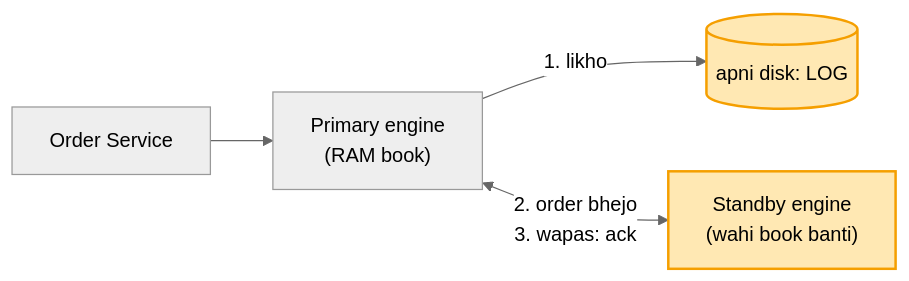
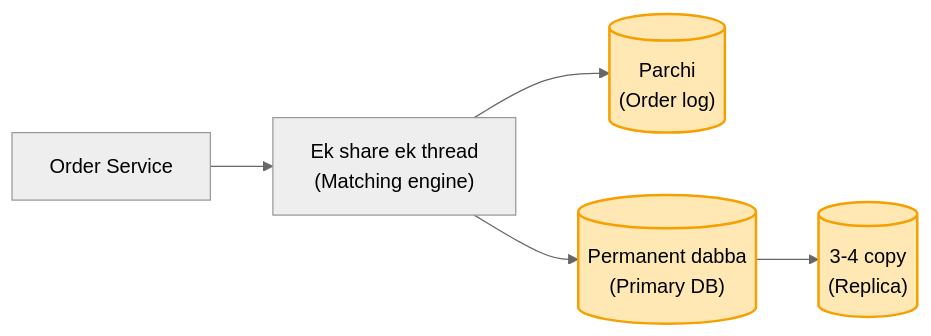
Before and after one commit to ArpanMaheshwari144/Prep: the second of 3 diagrams in 04_HLD/SYSTEM_DESIGNS/05_stock_broker_trading/05_stock_broker_trading.md, drawn with Mermaid (neutral theme). The commit also changed other lines of this file and 13 other files, not shown here.

````diff
--- a/04_HLD/SYSTEM_DESIGNS/05_stock_broker_trading/05_stock_broker_trading.md
+++ b/04_HLD/SYSTEM_DESIGNS/05_stock_broker_trading/05_stock_broker_trading.md
@@ -247,8 +93,10 @@
 ```mermaid
 flowchart LR
-    O["Order Service"] --> P["Primary engine<br/>(RAM book)"]
-    P -- "1. likho" --> L[("apni disk: LOG")]
-    P <-->|"2. order bhejo<br/>3. wapas: ack"| S["Standby engine<br/>(wahi book banti)"]
+    O["Order Service"] --> M["Ek share ek thread<br/>(Matching engine)"]
+    M --> L[("Parchi<br/>(Order log)")]
+    M --> D[("Permanent dabba<br/>(Primary DB)")]
+    D --> C[("3-4 copy<br/>(Replica)")]
     style L fill:#ffe8b3,stroke:#f59f00,stroke-width:2px,color:#000
-    style S fill:#ffe8b3,stroke:#f59f00,stroke-width:2px,color:#000
+    style D fill:#ffe8b3,stroke:#f59f00,stroke-width:2px,color:#000
+    style C fill:#ffe8b3,stroke:#f59f00,stroke-width:2px,color:#000
 ```
````
